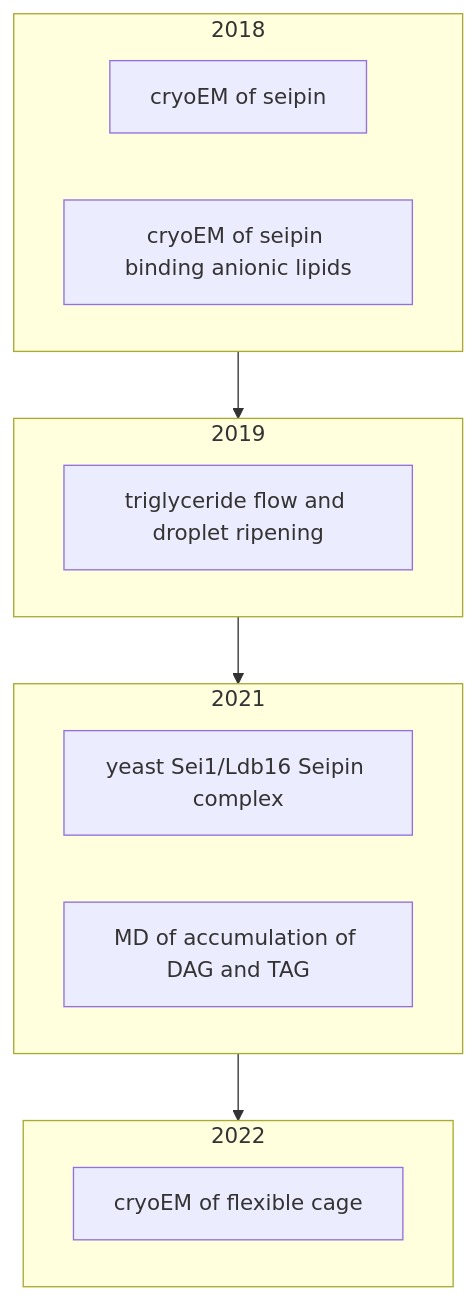
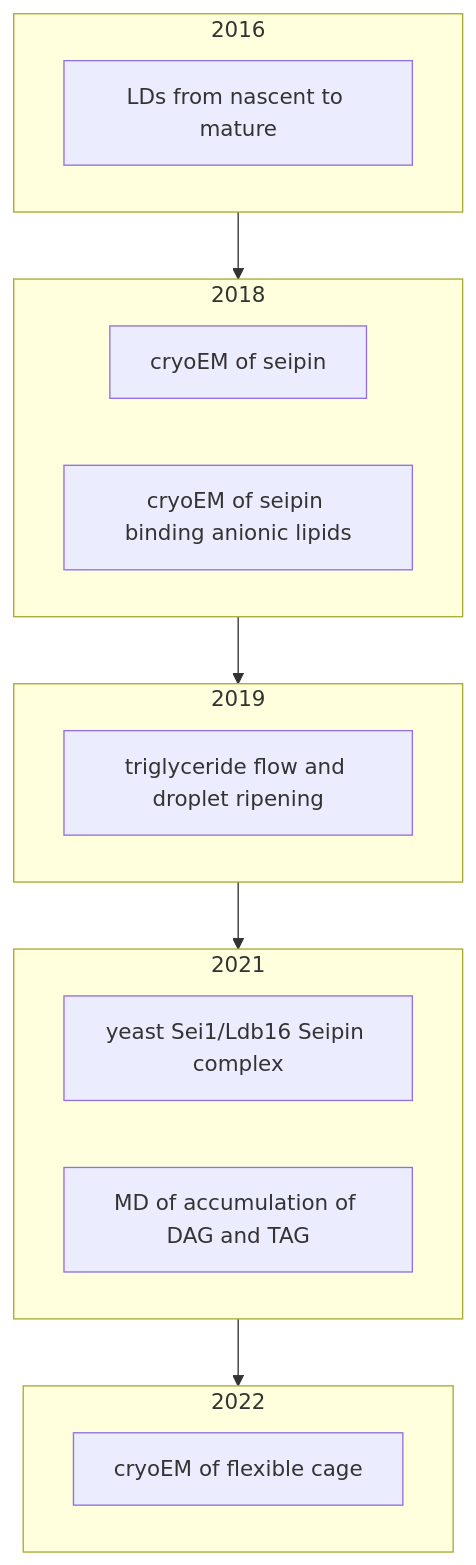
One commit to psichen/psichen.github.io changed the first of 8 diagrams in source/resources/mindmap/seipin.md. Above: the diagram before and after it, drawn with Mermaid. The commit also changed other lines of this file, not shown here.

````diff
--- a/source/resources/mindmap/seipin.md
+++ b/source/resources/mindmap/seipin.md
@@ -20,37 +20,43 @@
 ```mermaid
 flowchart TB
 
+2016_nascent_mature["LDs from nascent to mature"]
 2018_cryoEM_JCB["cryoEM of seipin"]
 2018_anionic["cryoEM of seipin binding anionic lipids"]
 2019_triglyceride["triglyceride flow and droplet ripening"]
 2021_Sei1["yeast Sei1/Ldb16 Seipin complex"]
 2021_accumulation_MD["MD of accumulation of DAG and TAG"]
 2022_cage["cryoEM of flexible cage"]
 
+click 2016_nascent_mature href "./seipin#nascent_mature" _self
 click 2018_cryoEM_JCB href "./seipin#cryoem_jcb" _self
 click 2018_anionic href "./seipin#anionic" _self
 click 2019_triglyceride href "./seipin#triglyceride" _self
 click 2021_Sei1 href "./seipin#sei1" _self
 click 2021_accumulation_MD "./seipin#accumulation_md" _self
 click 2022_cage href "./seipin#cage" _self
+
+subgraph 2016
+        2016_nascent_mature
+end
 
 subgraph 2018
         2018_cryoEM_JCB
         2018_anionic
 end
 
 subgraph 2019
         2019_triglyceride
 end
 
 subgraph 2021
         2021_Sei1
         2021_accumulation_MD
 end
 
 subgraph 2022
         2022_cage
 end
 
-2018 --> 2019 --> 2021 --> 2022
+2016 --> 2018 --> 2019 --> 2021 --> 2022
 ```
````
